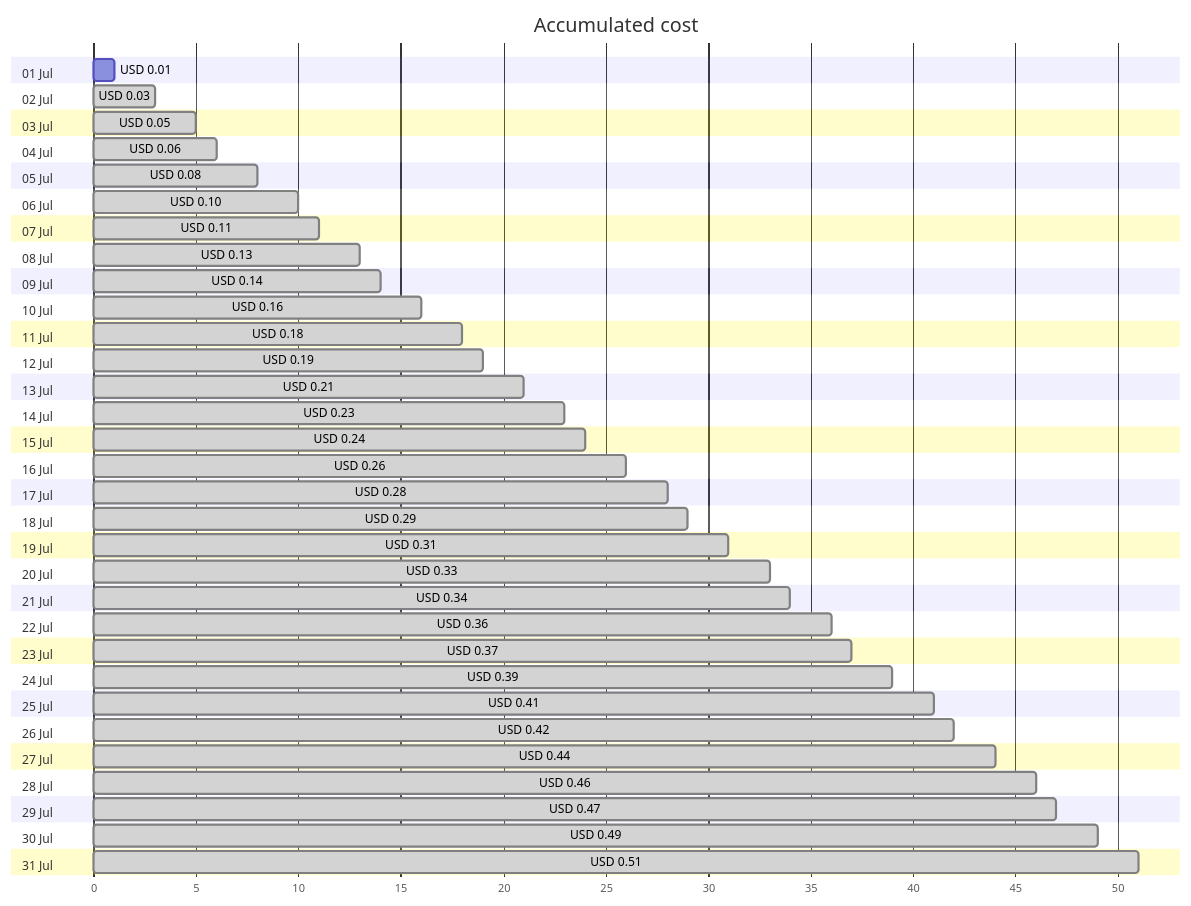
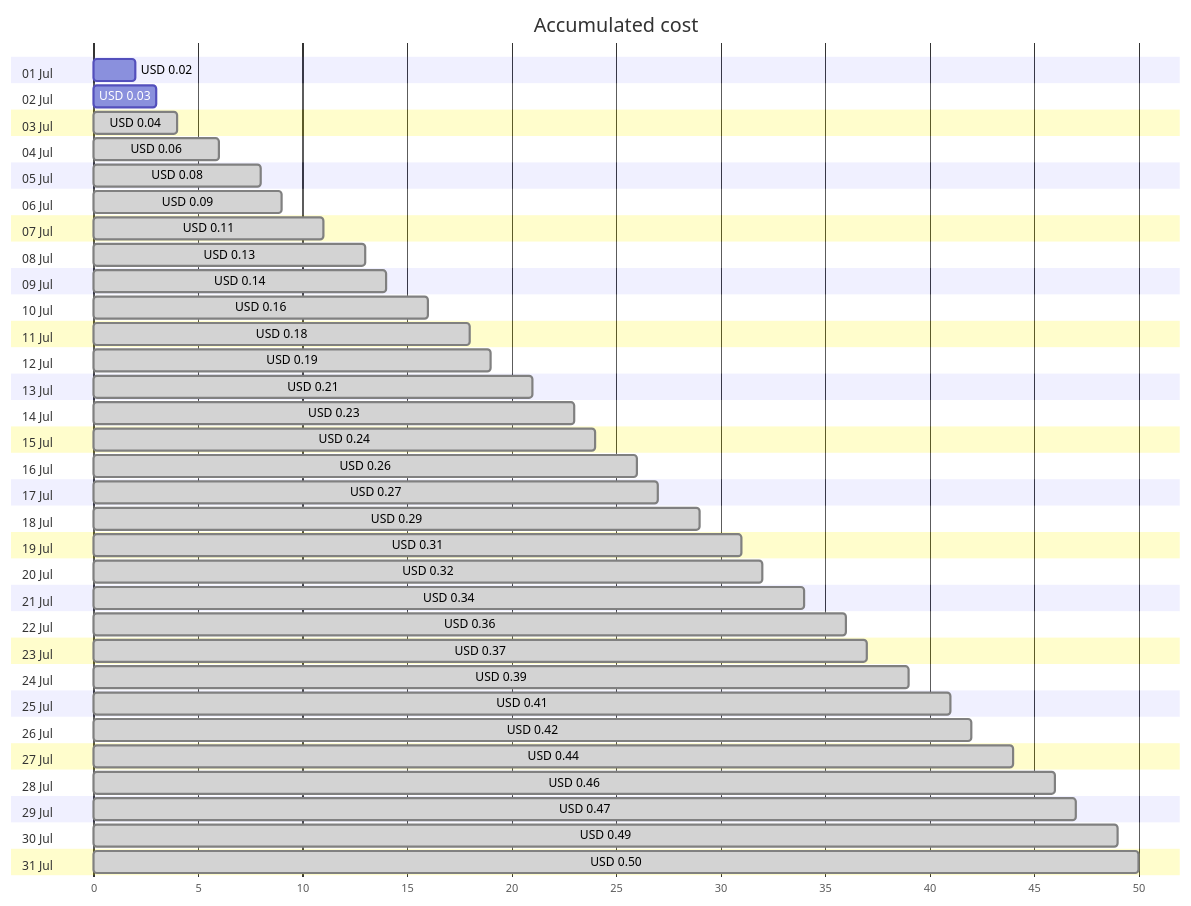
Before and after one commit to jpfulton/azure-personal-reports: the first of 4 diagrams in cost-reports/personal-dns/jpatrickfulton.dev.md, drawn with Mermaid. The commit also changed other lines of this file and 2 other files, not shown here.

````diff
--- a/cost-reports/personal-dns/jpatrickfulton.dev.md
+++ b/cost-reports/personal-dns/jpatrickfulton.dev.md
@@ -20,68 +20,68 @@
 ```mermaid
 gantt
    title Accumulated cost
    dateFormat  X
    axisFormat %s
    section 01 Jul
-   USD 0.01 :0, 1
+   USD 0.02 :0, 2
    section 02 Jul
-   USD 0.03 : done, 0, 3
+   USD 0.03 :0, 3
    section 03 Jul
-   USD 0.05 : done, 0, 5
+   USD 0.04 : done, 0, 4
    section 04 Jul
    USD 0.06 : done, 0, 6
    section 05 Jul
    USD 0.08 : done, 0, 8
    section 06 Jul
-   USD 0.10 : done, 0, 10
+   USD 0.09 : done, 0, 9
    section 07 Jul
    USD 0.11 : done, 0, 11
    section 08 Jul
    USD 0.13 : done, 0, 13
    section 09 Jul
    USD 0.14 : done, 0, 14
    section 10 Jul
    USD 0.16 : done, 0, 16
    section 11 Jul
    USD 0.18 : done, 0, 18
    section 12 Jul
    USD 0.19 : done, 0, 19
    section 13 Jul
    USD 0.21 : done, 0, 21
    section 14 Jul
    USD 0.23 : done, 0, 23
    section 15 Jul
    USD 0.24 : done, 0, 24
    section 16 Jul
    USD 0.26 : done, 0, 26
    section 17 Jul
-   USD 0.28 : done, 0, 28
+   USD 0.27 : done, 0, 27
    section 18 Jul
    USD 0.29 : done, 0, 29
    section 19 Jul
    USD 0.31 : done, 0, 31
    section 20 Jul
-   USD 0.33 : done, 0, 33
+   USD 0.32 : done, 0, 32
    section 21 Jul
    USD 0.34 : done, 0, 34
    section 22 Jul
    USD 0.36 : done, 0, 36
    section 23 Jul
    USD 0.37 : done, 0, 37
    section 24 Jul
    USD 0.39 : done, 0, 39
    section 25 Jul
    USD 0.41 : done, 0, 41
    section 26 Jul
    USD 0.42 : done, 0, 42
    section 27 Jul
    USD 0.44 : done, 0, 44
    section 28 Jul
    USD 0.46 : done, 0, 46
    section 29 Jul
    USD 0.47 : done, 0, 47
    section 30 Jul
    USD 0.49 : done, 0, 49
    section 31 Jul
-   USD 0.51 : done, 0, 51
+   USD 0.50 : done, 0, 50
 ```
````
